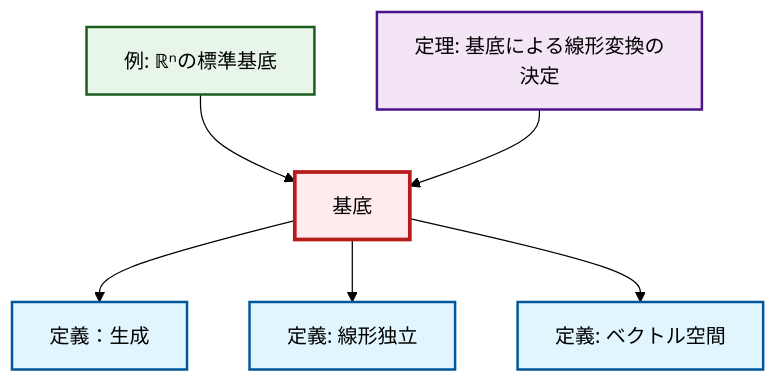
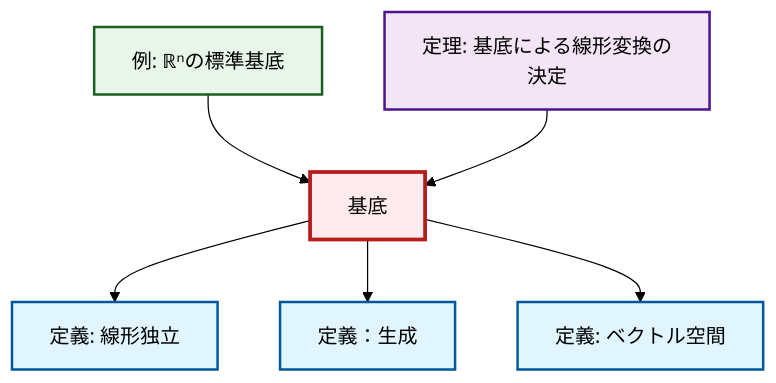
One commit to RK0429/ModernMath changed the diagram in content/ja/algebra/def-basis.qmd. Above: the diagram before and after it, drawn with Mermaid (forest theme). The commit also changed other lines of this file and 328 other files, not shown here.

````diff
--- a/content/ja/algebra/def-basis.qmd
+++ b/content/ja/algebra/def-basis.qmd
@@ -56,26 +56,26 @@
 ```{mermaid}
 %%| fig-cap: "ローカル依存関係グラフ"
 graph TD
     classDef definition fill:#e1f5fe,stroke:#01579b,stroke-width:2px
     classDef theorem fill:#f3e5f5,stroke:#4a148c,stroke-width:2px
     classDef axiom fill:#fff3e0,stroke:#e65100,stroke-width:2px
     classDef example fill:#e8f5e9,stroke:#1b5e20,stroke-width:2px
     classDef current fill:#ffebee,stroke:#b71c1c,stroke-width:3px
-    def-span["定義：生成"]:::definition
+    def-basis["基底"]:::definition
+    def-vector-space["定義: ベクトル空間"]:::definition
     def-linear-independence["定義: 線形独立"]:::definition
     ex-standard-basis-rn["例: ℝⁿの標準基底"]:::example
-    def-vector-space["定義: ベクトル空間"]:::definition
-    def-basis["基底"]:::definition
     thm-linear-transformation-basis["定理: 基底による線形変換の決定"]:::theorem
+    def-span["定義：生成"]:::definition
+    def-basis --> def-linear-independence
     def-basis --> def-span
-    def-basis --> def-linear-independence
     ex-standard-basis-rn --> def-basis
     def-basis --> def-vector-space
     thm-linear-transformation-basis --> def-basis
     class def-basis current
-    click def-span "def-span.html" "定義：生成へ"
+    click def-vector-space "def-vector-space.html" "ベクトル空間の定義へ"
     click def-linear-independence "def-linear-independence.html" "線形独立の定義へ"
     click ex-standard-basis-rn "ex-standard-basis-rn.html" "ℝⁿの標準基底の例へ"
-    click def-vector-space "def-vector-space.html" "ベクトル空間の定義へ"
     click thm-linear-transformation-basis "thm-linear-transformation-basis.html" "基底による線形変換の決定の定理へ"
+    click def-span "def-span.html" "定義：生成へ"
 ```
````
